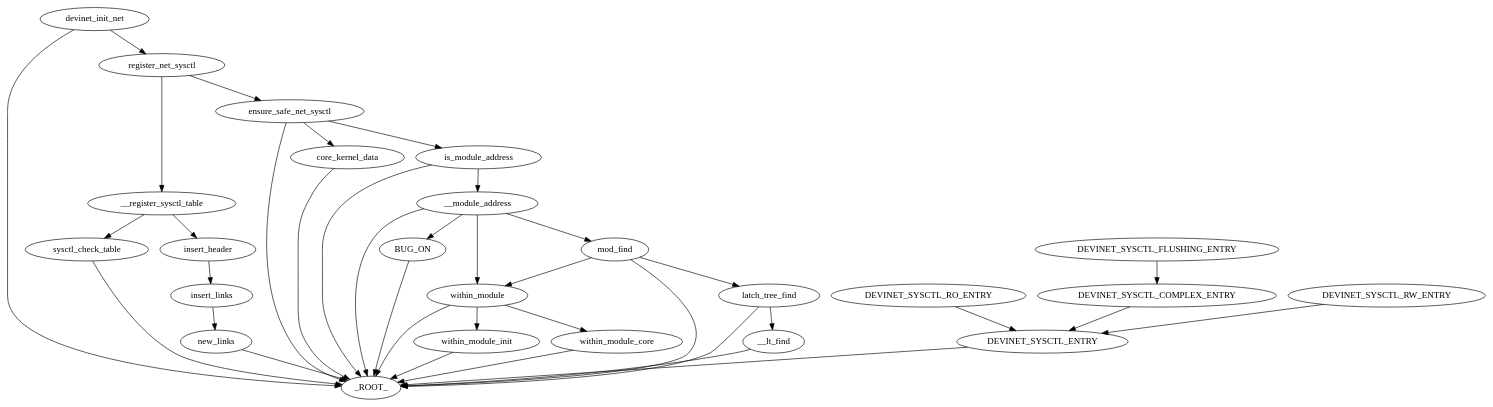
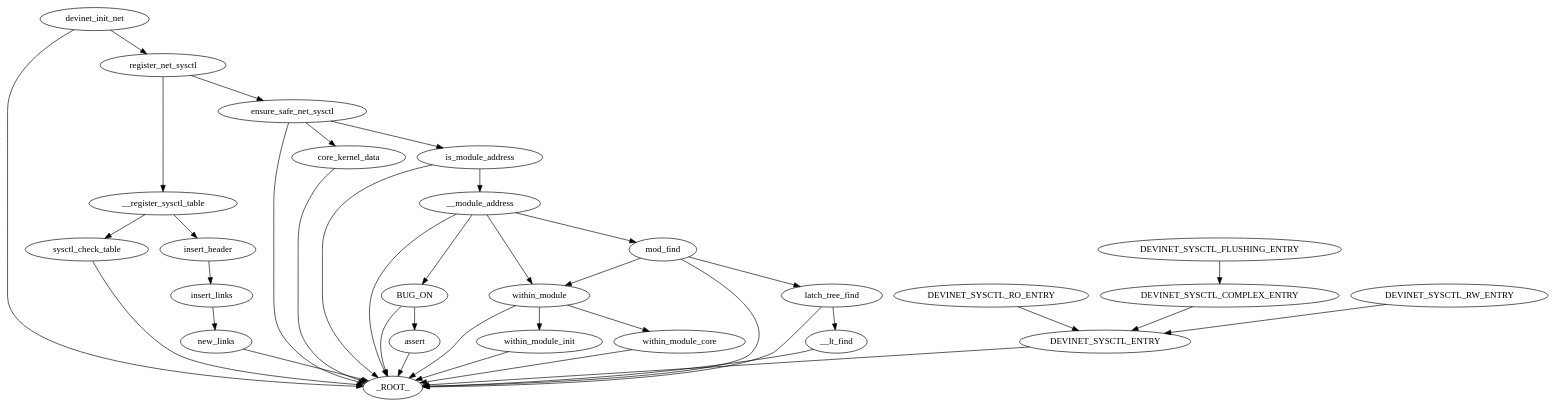
One commit to cendes/knob_graph_search changed the diagram in ip_forward.dot. Above: the diagram before and after it, drawn with Graphviz. The commit also changed 30 other files, not shown here.

```diff
--- a/ip_forward.dot
+++ b/ip_forward.dot
@@ -1,39 +1,41 @@
 digraph "/home/cendes/Documents/masters_thesis/ocloz/knob_graph_search/./ip_forward.dot" {
 	 devinet_init_net -> _ROOT_
 	 sysctl_check_table -> _ROOT_
 	 __register_sysctl_table -> sysctl_check_table
 	 new_links -> _ROOT_
 	 insert_links -> new_links
 	 core_kernel_data -> _ROOT_
 	 ensure_safe_net_sysctl -> core_kernel_data
+	 assert -> _ROOT_
+	 BUG_ON -> assert
 	 BUG_ON -> _ROOT_
 	 __module_address -> BUG_ON
 	 within_module_init -> _ROOT_
 	 within_module -> within_module_init
 	 within_module_core -> _ROOT_
 	 within_module -> within_module_core
 	 within_module -> _ROOT_
 	 __module_address -> within_module
 	 mod_find -> within_module
 	 __lt_find -> _ROOT_
 	 latch_tree_find -> __lt_find
 	 latch_tree_find -> _ROOT_
 	 mod_find -> latch_tree_find
 	 mod_find -> _ROOT_
 	 __module_address -> mod_find
 	 __module_address -> _ROOT_
 	 is_module_address -> __module_address
 	 is_module_address -> _ROOT_
 	 ensure_safe_net_sysctl -> is_module_address
 	 ensure_safe_net_sysctl -> _ROOT_
 	 register_net_sysctl -> ensure_safe_net_sysctl
 	 DEVINET_SYSCTL_ENTRY -> _ROOT_
 	 DEVINET_SYSCTL_RO_ENTRY -> DEVINET_SYSCTL_ENTRY
 	 DEVINET_SYSCTL_COMPLEX_ENTRY -> DEVINET_SYSCTL_ENTRY
 	 DEVINET_SYSCTL_RW_ENTRY -> DEVINET_SYSCTL_ENTRY
 	 devinet_init_net -> register_net_sysctl
 	 insert_header -> insert_links
 	 __register_sysctl_table -> insert_header
 	 register_net_sysctl -> __register_sysctl_table
 	 DEVINET_SYSCTL_FLUSHING_ENTRY -> DEVINET_SYSCTL_COMPLEX_ENTRY
 }
```
